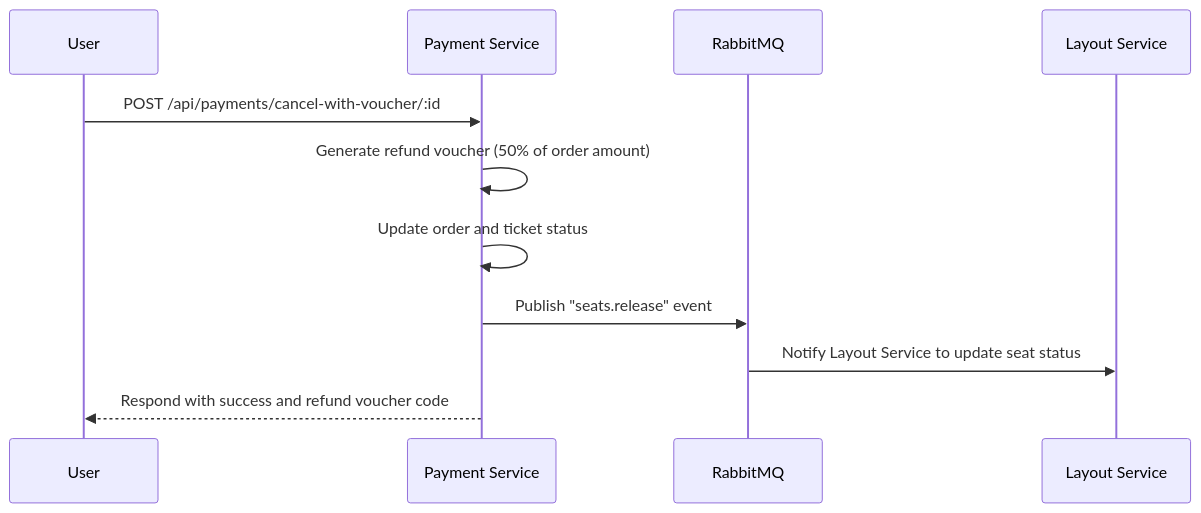
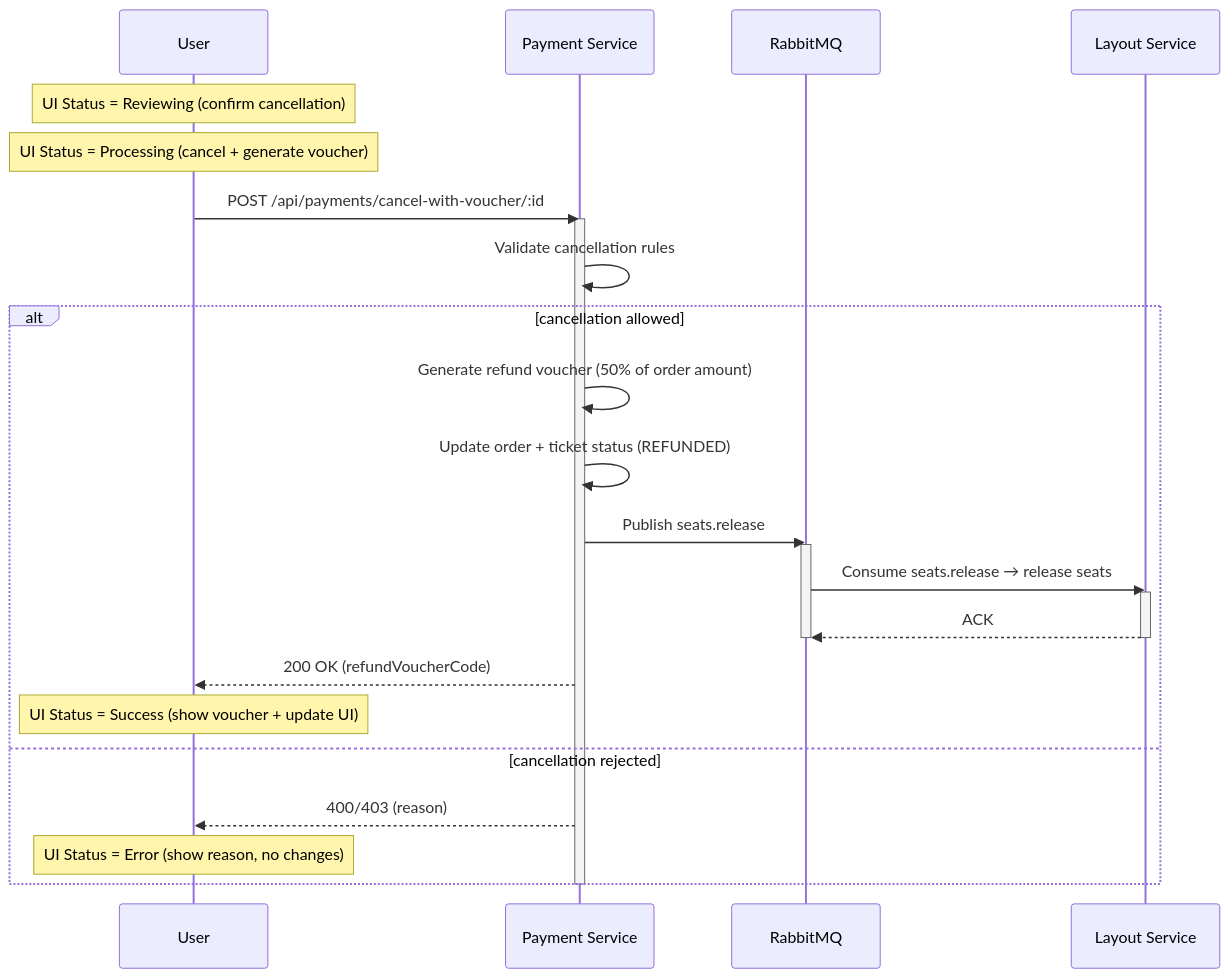
One commit to SDN-Group5/Event-Ticketing-Platform changed the sixth of 29 diagrams in doc/UML/Phuoc_PaymentCheckin.md. Above: the diagram before and after it, drawn with Mermaid. The commit also changed other lines of this file and 5 other files, not shown here.

````diff
--- a/doc/UML/Phuoc_PaymentCheckin.md
+++ b/doc/UML/Phuoc_PaymentCheckin.md
@@ -81,13 +207,30 @@
 ```mermaid
 sequenceDiagram
     participant U as User
     participant P as Payment Service
     participant R as RabbitMQ
     participant L as Layout Service
+    Note over U: UI Status = Reviewing (confirm cancellation)
+    Note over U: UI Status = Processing (cancel + generate voucher)
     U->>P: POST /api/payments/cancel-with-voucher/:id
-    P->>P: Generate refund voucher (50% of order amount)
-    P->>P: Update order and ticket status
-    P->>R: Publish "seats.release" event
-    R->>L: Notify Layout Service to update seat status
-    P-->>U: Respond with success and refund voucher code
+    activate P
+    P->>P: Validate cancellation rules
+
+    alt cancellation allowed
+        P->>P: Generate refund voucher (50% of order amount)
+        P->>P: Update order + ticket status (REFUNDED)
+        P->>R: Publish seats.release
+        activate R
+        R->>L: Consume seats.release → release seats
+        activate L
+        L-->>R: ACK
+        deactivate L
+        deactivate R
+        P-->>U: 200 OK (refundVoucherCode)
+        Note over U: UI Status = Success (show voucher + update UI)
+    else cancellation rejected
+        P-->>U: 400/403 (reason)
+        Note over U: UI Status = Error (show reason, no changes)
+    end
+    deactivate P
 ```
````
